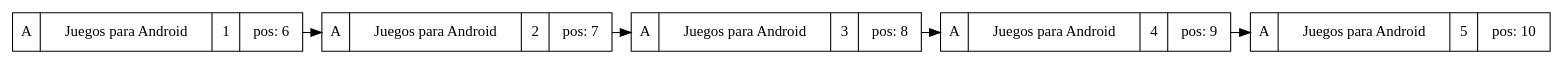
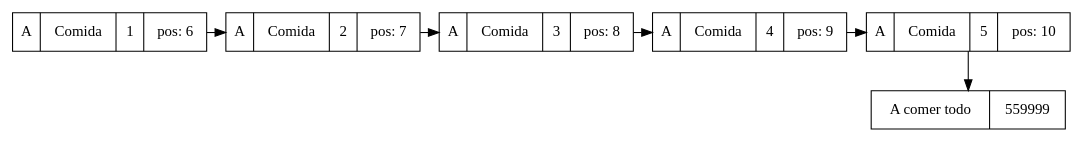
The diagram in src/Graphviz/files/lista2.dot (Pdante1897/EDD_VirtualMall_201700945), drawn with Graphviz before and after one commit. The commit also changed 33 other files, not shown here.

```diff
--- a/src/Graphviz/files/lista2.dot
+++ b/src/Graphviz/files/lista2.dot
@@ -1,14 +1,16 @@
 digraph G{
 node[shape="box" shape="record"]
 graph[splines="ortho"]
-node5[label="A|Juegos para Android|1|pos: 6"];
+node5[label="A|Comida|1|pos: 6"];
 node5->node6;
-node6[label="A|Juegos para Android|2|pos: 7"];
+node6[label="A|Comida|2|pos: 7"];
 node6->node7;
-node7[label="A|Juegos para Android|3|pos: 8"];
+node7[label="A|Comida|3|pos: 8"];
 node7->node8;
-node8[label="A|Juegos para Android|4|pos: 9"];
+node8[label="A|Comida|4|pos: 9"];
 node8->node9;
-node9[label="A|Juegos para Android|5|pos: 10"];
+node9[label="A|Comida|5|pos: 10"];
+node0xc000060140[label="A comer todo|559999"];
+node9->node0xc000060140;
 {rank="same"; node5; node6; node7; node8; node9}
 }
```
